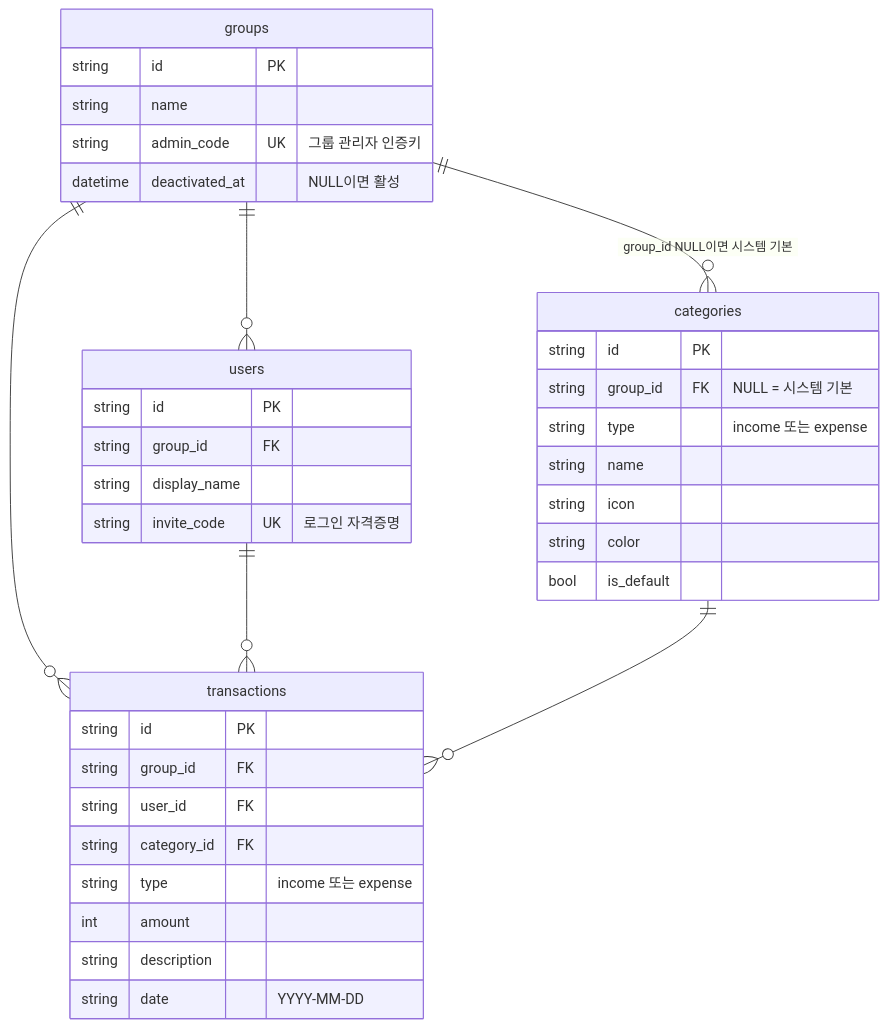
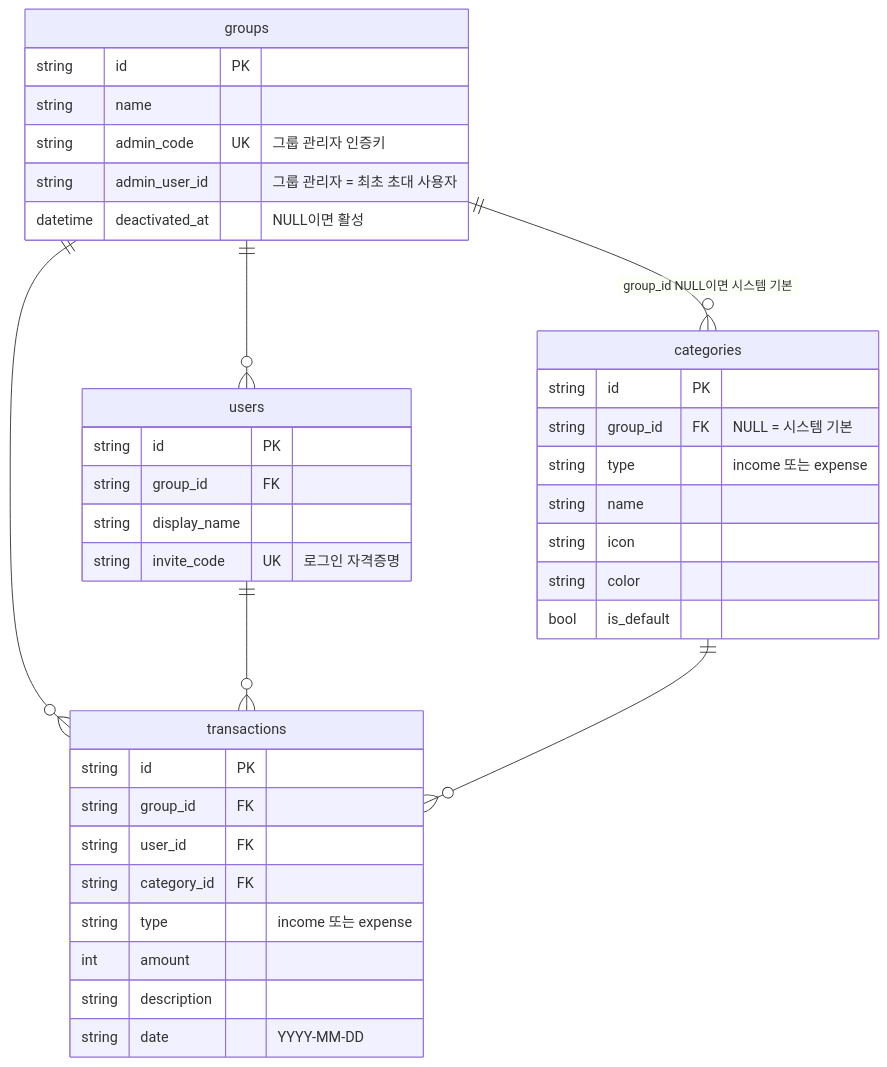
Before and after one commit to s2ngK/claude-asset-man: the diagram in docs/data-model.md, drawn with Mermaid. The commit also changed other lines of this file and 11 other files, not shown here.

````diff
--- a/docs/data-model.md
+++ b/docs/data-model.md
@@ -7,40 +7,41 @@
 ```mermaid
 erDiagram
     groups ||--o{ users : ""
     groups ||--o{ transactions : ""
     groups ||--o{ categories : "group_id NULL이면 시스템 기본"
     users ||--o{ transactions : ""
     categories ||--o{ transactions : ""
 
     groups {
         string id PK
         string name
         string admin_code UK "그룹 관리자 인증키"
+        string admin_user_id "그룹 관리자 = 최초 초대 사용자"
         datetime deactivated_at "NULL이면 활성"
     }
     users {
         string id PK
         string group_id FK
         string display_name
         string invite_code UK "로그인 자격증명"
     }
     categories {
         string id PK
         string group_id FK "NULL = 시스템 기본"
         string type "income 또는 expense"
         string name
         string icon
         string color
         bool is_default
     }
     transactions {
         string id PK
         string group_id FK
         string user_id FK
         string category_id FK
         string type "income 또는 expense"
         int amount
         string description
         string date "YYYY-MM-DD"
     }
 ```
````
